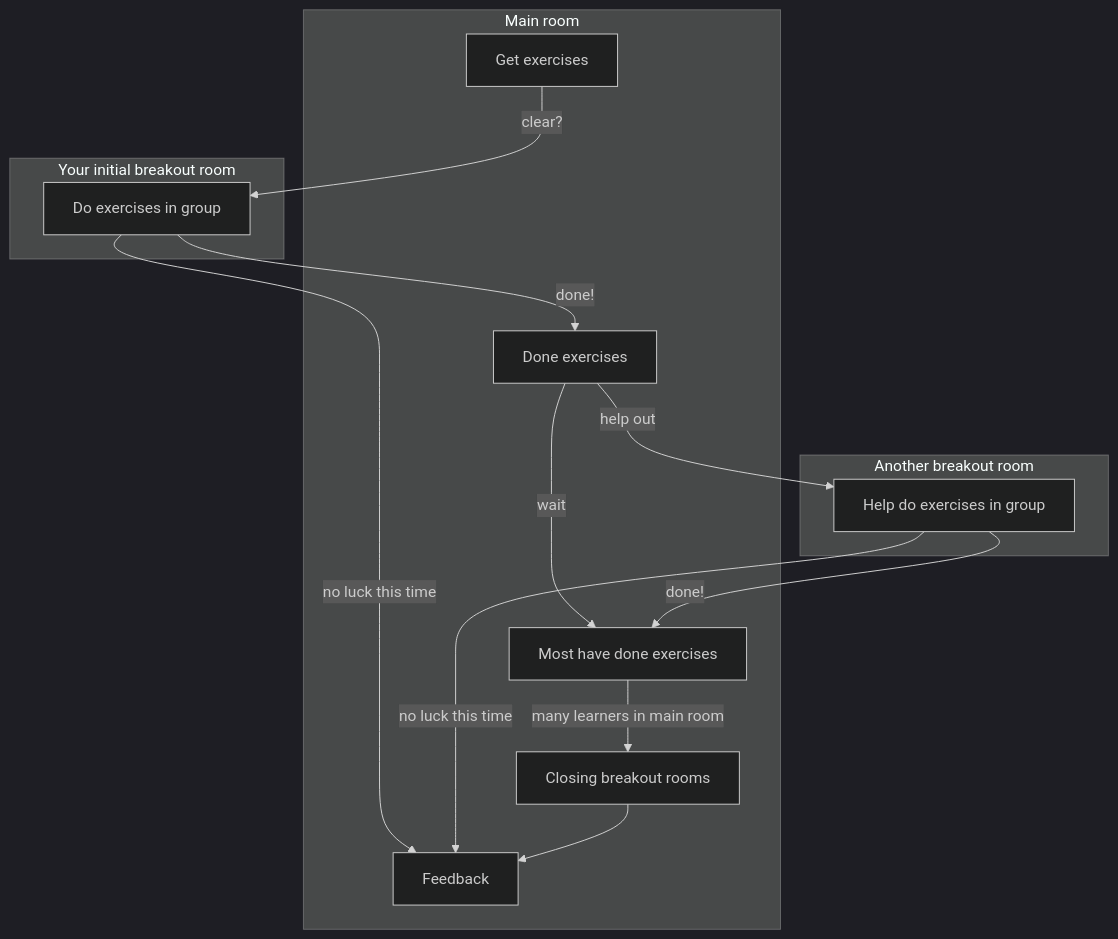
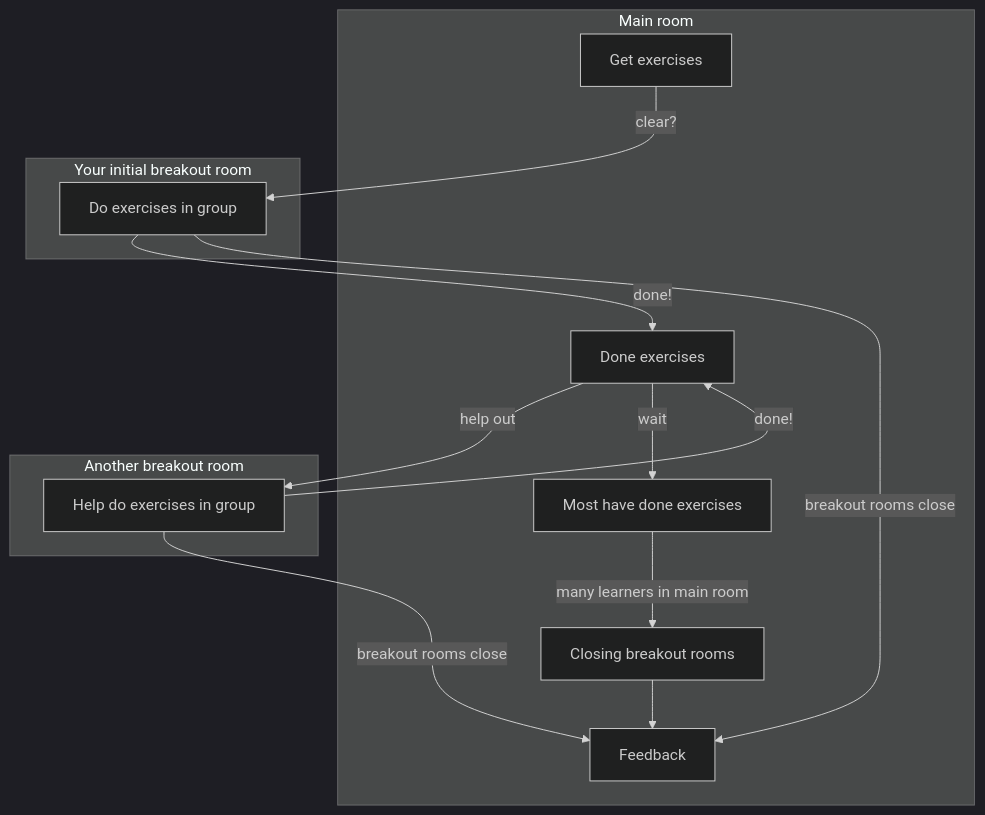
The diagram in docs/morning_session/exercise_procedure.md (richelbilderbeek/awk_course), drawn with Mermaid (dark theme) before and after one commit.

````diff
--- a/docs/morning_session/exercise_procedure.md
+++ b/docs/morning_session/exercise_procedure.md
@@ -84,26 +84,26 @@
 ```mermaid
 flowchart TD
   subgraph main_room[Main room]
     get_exercise[Get exercises]
     done_exercise[Done exercises]
     most_done_exercise[Most have done exercises]
     closing_breakout_rooms[Closing breakout rooms]
     feedback[Feedback]
   end
   subgraph breakout_room[Your initial breakout room]
     do_exercise[Do exercises in group]
   end
   subgraph other_breakout_room[Another breakout room]
     help_do_exercise[Help do exercises in group]
   end
 
   get_exercise --> |clear?| do_exercise
   do_exercise --> |done!| done_exercise
-  do_exercise --> |no luck this time| feedback
+  do_exercise --> |breakout rooms close| feedback
   done_exercise --> |help out| help_do_exercise
   done_exercise --> |wait| most_done_exercise
-  help_do_exercise --> |done!| most_done_exercise
-  help_do_exercise --> |no luck this time| feedback
+  help_do_exercise --> |done!| done_exercise
+  help_do_exercise --> |breakout rooms close| feedback
   most_done_exercise --> |many learners in main room| closing_breakout_rooms
   closing_breakout_rooms --> feedback
 ```
````
